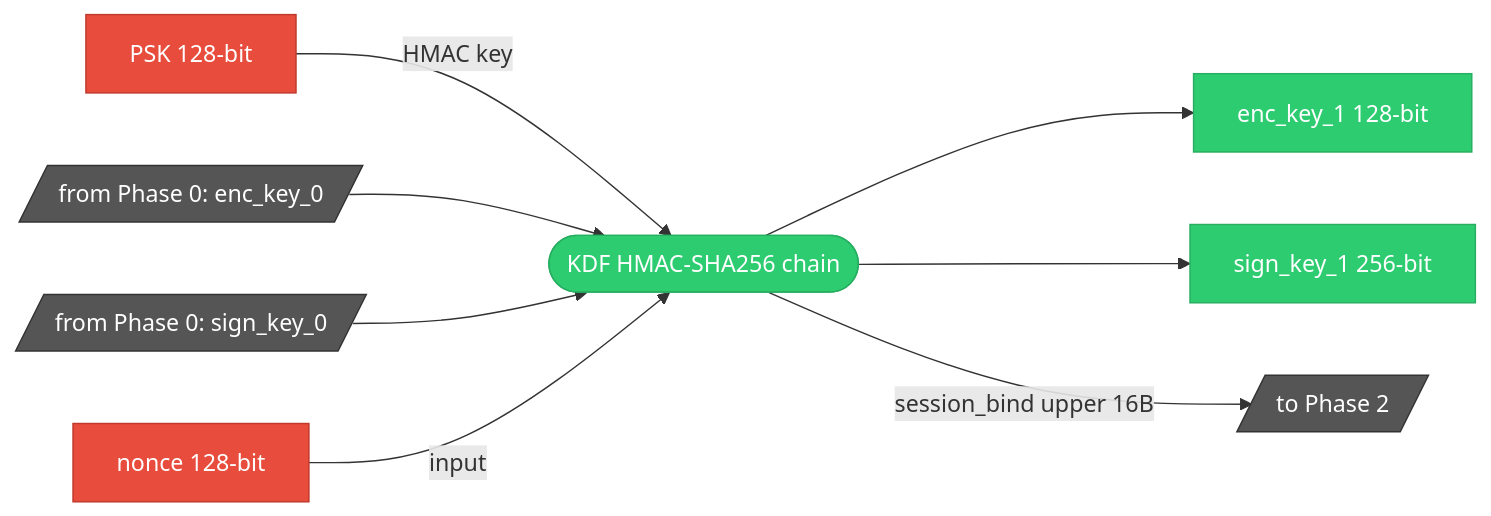
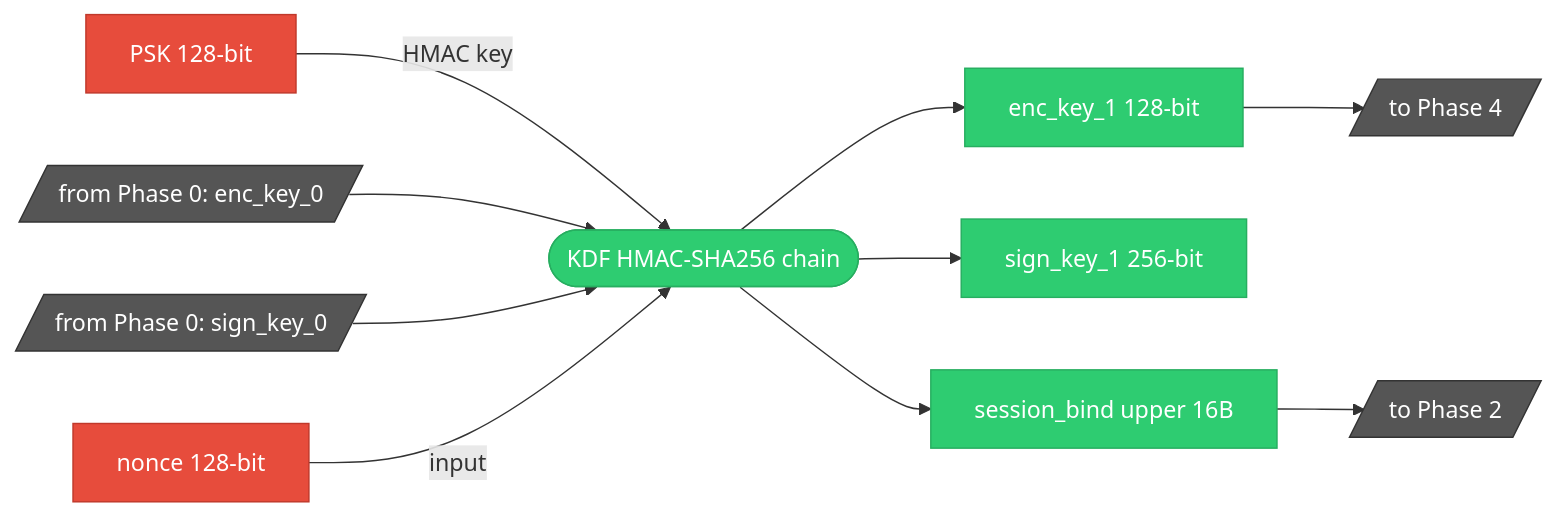
The fourth of 9 diagrams in docs/spec/msl_key_relationship.md (qtmleap/revkit), drawn with Mermaid before and after one commit. The commit also changed other lines of this file, not shown here.

First line of the commit message:
docs(spec): to Phase N をノードに統一、全Phase間参照を明示

````diff
--- a/docs/spec/msl_key_relationship.md
+++ b/docs/spec/msl_key_relationship.md
@@ -98,19 +107,23 @@
 ```mermaid
 graph LR
     PSK["PSK 128-bit"] -->|HMAC key| OP_KDF(["KDF HMAC-SHA256 chain"])
     FROM_P0b[/"from Phase 0: enc_key_0"/] --> OP_KDF
     FROM_P0c[/"from Phase 0: sign_key_0"/] --> OP_KDF
     NONCE["nonce 128-bit"] -->|input| OP_KDF
     OP_KDF --> ENC1["enc_key_1 128-bit"]
     OP_KDF --> SIGN1["sign_key_1 256-bit"]
-    OP_KDF -->|session_bind upper 16B| TO_P2[/"to Phase 2"/]
+    OP_KDF --> SB["session_bind upper 16B"]
+    ENC1 --> TO_P4[/"to Phase 4"/]
+    SB --> TO_P2[/"to Phase 2"/]
 
     style PSK fill:#e74c3c,stroke:#c0392b,color:#fff
     style NONCE fill:#e74c3c,stroke:#c0392b,color:#fff
     style FROM_P0b fill:#555,stroke:#333,color:#fff
     style FROM_P0c fill:#555,stroke:#333,color:#fff
     style TO_P2 fill:#555,stroke:#333,color:#fff
+    style TO_P4 fill:#555,stroke:#333,color:#fff
     style OP_KDF fill:#2ecc71,stroke:#27ae60,color:#fff
     style ENC1 fill:#2ecc71,stroke:#27ae60,color:#fff
     style SIGN1 fill:#2ecc71,stroke:#27ae60,color:#fff
+    style SB fill:#2ecc71,stroke:#27ae60,color:#fff
 ```
````
